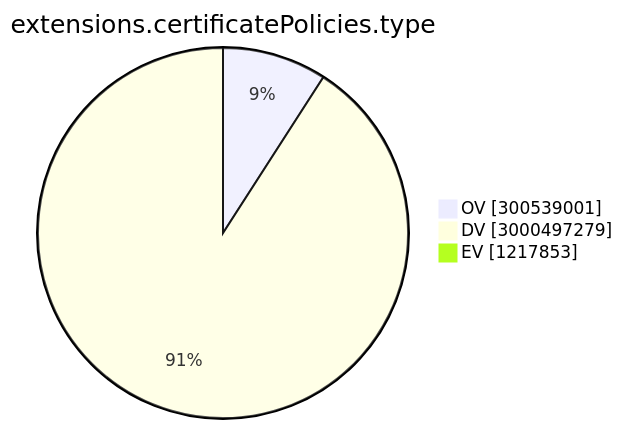
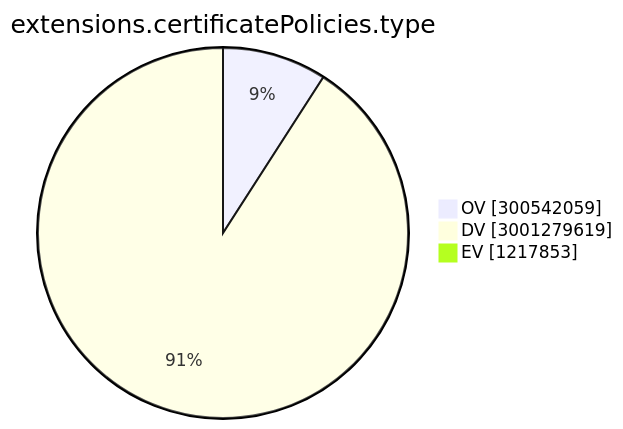
The ninth of 15 diagrams in TOTAL/README.md (christiankrug/ctmonitor_visualization), drawn with Mermaid before and after one commit. The commit also changed other lines of this file, not shown here.

````diff
--- a/TOTAL/README.md
+++ b/TOTAL/README.md
@@ -3102,7 +3102,7 @@
 ```mermaid
 pie showData
 title extensions.certificatePolicies.type
-"OV" :300539001
-"DV" :3000497279
+"OV" :300542059
+"DV" :3001279619
 "EV" :1217853
 ```
````
